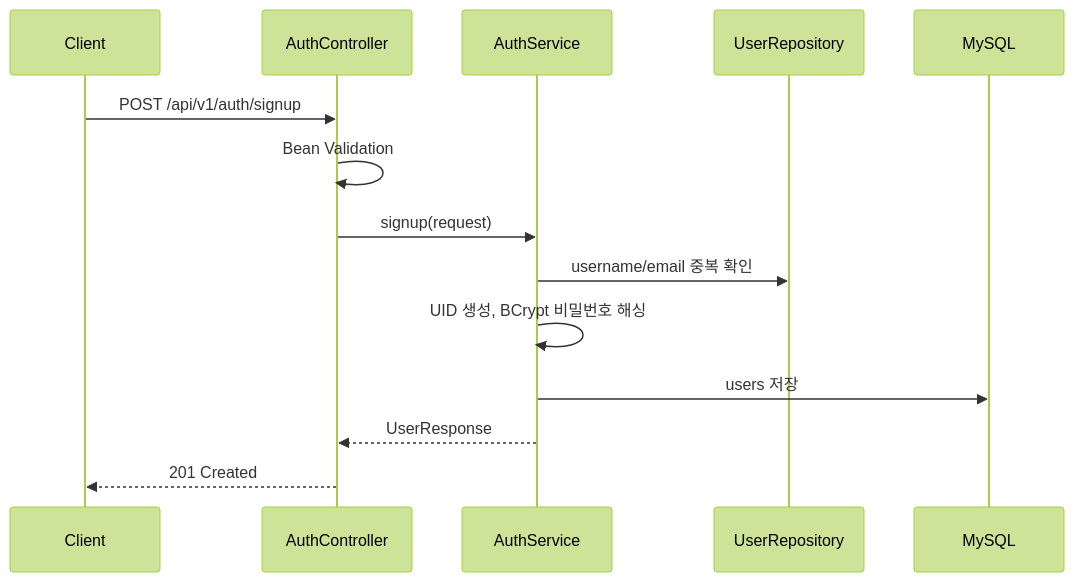
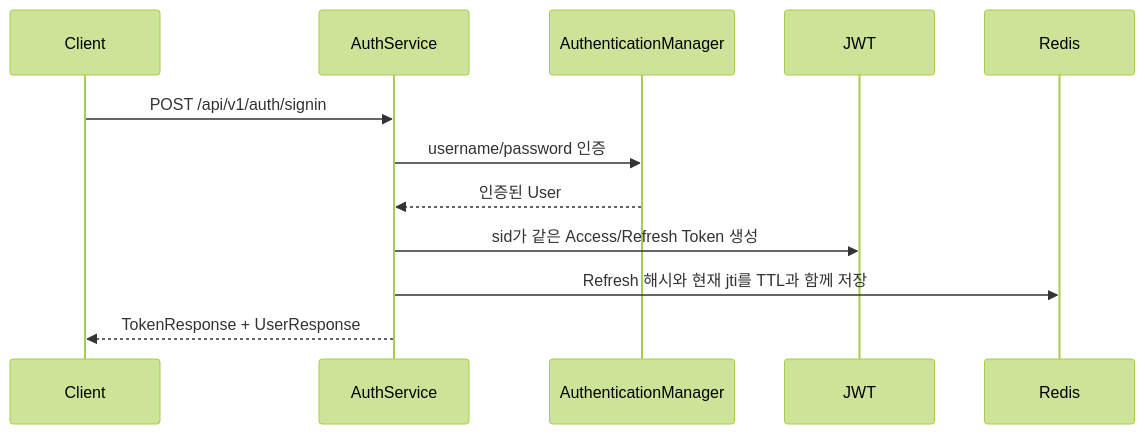
Before and after one commit to home-pay9um/security: the second of 4 diagrams in README.md, drawn with Mermaid (forest theme). The commit also changed other lines of this file and 36 other files, not shown here.

````diff
--- a/README.md
+++ b/README.md
@@ -95,17 +104,15 @@
 ```mermaid
 sequenceDiagram
     participant C as Client
-    participant A as AuthController
-    participant S as AuthService
-    participant R as UserRepository
-    participant D as MySQL
+    participant A as AuthService
+    participant M as AuthenticationManager
+    participant J as JWT
+    participant R as Redis
 
-    C->>A: POST /api/v1/auth/signup
-    A->>A: Bean Validation
-    A->>S: signup(request)
-    S->>R: username/email 중복 확인
-    S->>S: UID 생성, BCrypt 비밀번호 해싱
-    S->>D: users 저장
-    S-->>A: UserResponse
-    A-->>C: 201 Created
+    C->>A: POST /api/v1/auth/signin
+    A->>M: username/password 인증
+    M-->>A: 인증된 User
+    A->>J: sid가 같은 Access/Refresh Token 생성
+    A->>R: Refresh 해시와 현재 jti를 TTL과 함께 저장
+    A-->>C: TokenResponse + UserResponse
 ```
````
